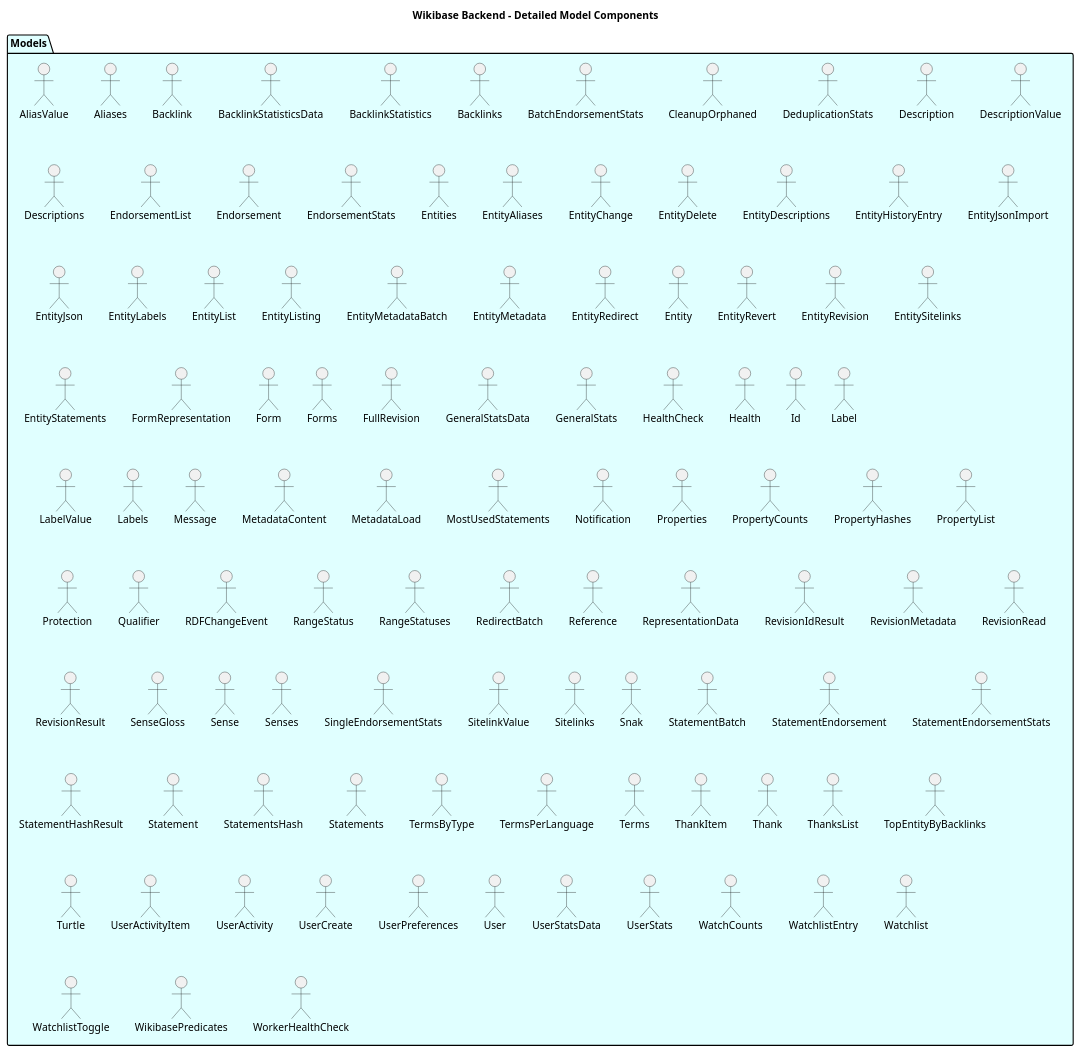
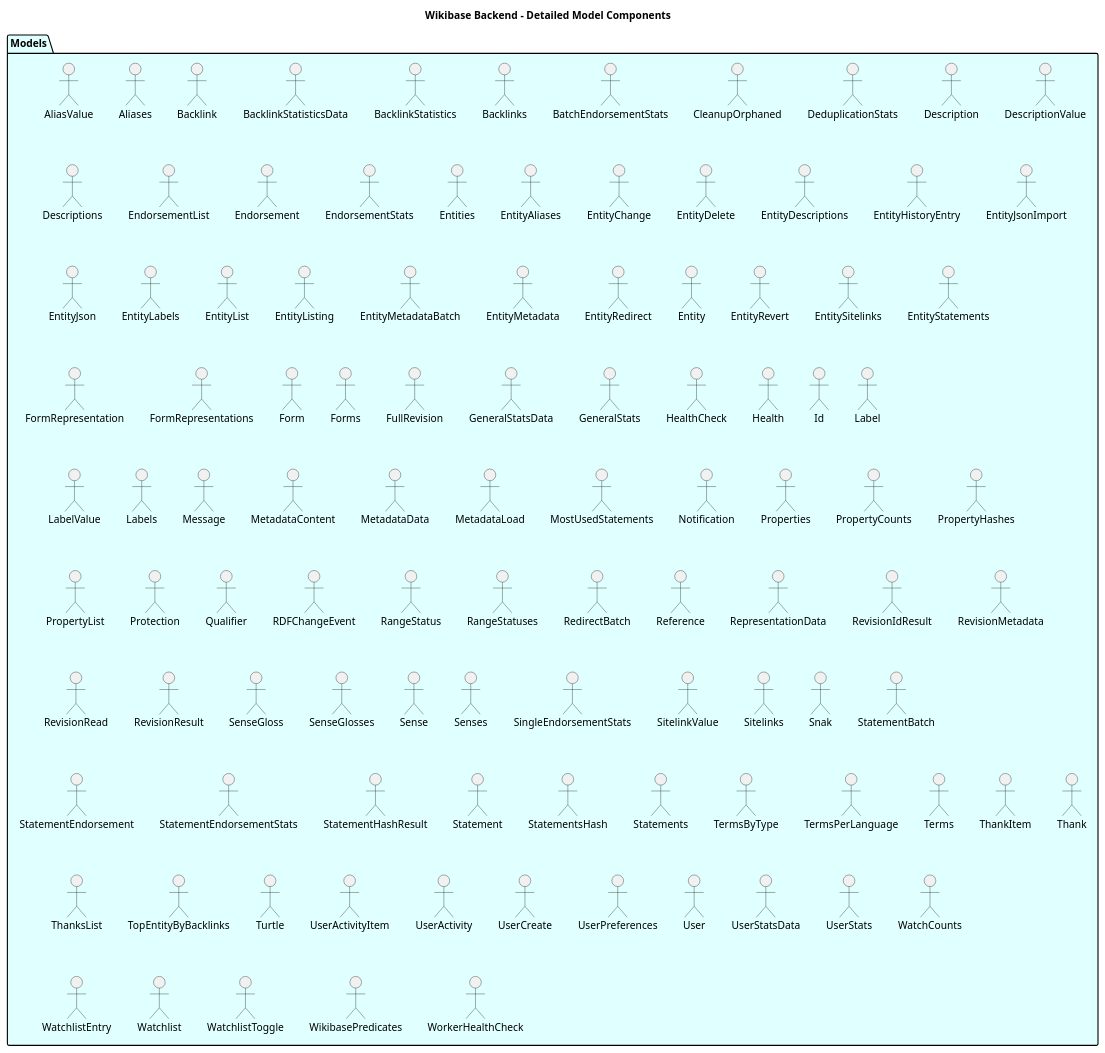
One commit to dpriskorn/entitybase-backend changed the diagram in doc/DIAGRAMS/detailed_model_components.puml. Above: the diagram before and after it, drawn with PlantUML. The commit also changed 114 other files, not shown here.

```diff
--- a/doc/DIAGRAMS/detailed_model_components.puml
+++ b/doc/DIAGRAMS/detailed_model_components.puml
@@ -1,110 +1,112 @@
 @startuml Detailed Model Components
 
 title Wikibase Backend - Detailed Model Components
 
 package "Models" as Models #LightCyan {
     "AliasValue" as AliasValue
     "Aliases" as AliasesResponse
     "Backlink" as BacklinkResponse
     "BacklinkStatisticsData" as BacklinkStatisticsData
     "BacklinkStatistics" as BacklinkStatisticsResponse
     "Backlinks" as BacklinksResponse
     "BatchEndorsementStats" as BatchEndorsementStatsResponse
     "CleanupOrphaned" as CleanupOrphanedResponse
     "DeduplicationStats" as DeduplicationStatsResponse
     "Description" as DescriptionResponse
     "DescriptionValue" as DescriptionValue
     "Descriptions" as DescriptionsResponse
     "EndorsementList" as EndorsementListResponse
     "Endorsement" as EndorsementResponse
     "EndorsementStats" as EndorsementStatsResponse
     "Entities" as EntitiesResponse
     "EntityAliases" as EntityAliasesResponse
     "EntityChange" as EntityChange
     "EntityDelete" as EntityDeleteResponse
     "EntityDescriptions" as EntityDescriptionsResponse
     "EntityHistoryEntry" as EntityHistoryEntry
     "EntityJsonImport" as EntityJsonImportResponse
     "EntityJson" as EntityJsonResponse
     "EntityLabels" as EntityLabelsResponse
     "EntityList" as EntityListResponse
     "EntityListing" as EntityListing
     "EntityMetadataBatch" as EntityMetadataBatchResponse
     "EntityMetadata" as EntityMetadataResponse
     "EntityRedirect" as EntityRedirectResponse
     "Entity" as EntityResponse
     "EntityRevert" as EntityRevertResponse
-    "EntityRevision" as EntityRevisionResponse
     "EntitySitelinks" as EntitySitelinksResponse
     "EntityStatements" as EntityStatementsResponse
     "FormRepresentation" as FormRepresentationResponse
+    "FormRepresentations" as FormRepresentationsResponse
     "Form" as FormResponse
     "Forms" as FormsResponse
     "FullRevision" as FullRevisionResponse
     "GeneralStatsData" as GeneralStatsData
     "GeneralStats" as GeneralStatsResponse
     "HealthCheck" as HealthCheckResponse
     "Health" as HealthResponse
     "Id" as IdResponse
     "Label" as LabelResponse
     "LabelValue" as LabelValue
     "Labels" as LabelsResponse
     "Message" as MessageResponse
     "MetadataContent" as MetadataContent
+    "MetadataData" as MetadataData
     "MetadataLoad" as MetadataLoadResponse
     "MostUsedStatements" as MostUsedStatementsResponse
     "Notification" as NotificationResponse
     "Properties" as PropertiesResponse
     "PropertyCounts" as PropertyCountsResponse
     "PropertyHashes" as PropertyHashesResponse
     "PropertyList" as PropertyListResponse
     "Protection" as ProtectionResponse
     "Qualifier" as QualifierResponse
     "RDFChangeEvent" as RDFChangeEvent
     "RangeStatus" as RangeStatus
     "RangeStatuses" as RangeStatuses
     "RedirectBatch" as RedirectBatchResponse
     "Reference" as ReferenceResponse
     "RepresentationData" as RepresentationData
     "RevisionIdResult" as RevisionIdResult
     "RevisionMetadata" as RevisionMetadataResponse
     "RevisionRead" as RevisionReadResponse
     "RevisionResult" as RevisionResult
     "SenseGloss" as SenseGlossResponse
+    "SenseGlosses" as SenseGlossesResponse
     "Sense" as SenseResponse
     "Senses" as SensesResponse
     "SingleEndorsementStats" as SingleEndorsementStatsResponse
     "SitelinkValue" as SitelinkValue
     "Sitelinks" as SitelinksResponse
     "Snak" as SnakResponse
     "StatementBatch" as StatementBatchResponse
     "StatementEndorsement" as StatementEndorsementResponse
     "StatementEndorsementStats" as StatementEndorsementStats
     "StatementHashResult" as StatementHashResult
     "Statement" as StatementResponse
     "StatementsHash" as StatementsHashResponse
     "Statements" as StatementsResponse
     "TermsByType" as TermsByType
     "TermsPerLanguage" as TermsPerLanguage
     "Terms" as TermsResponse
     "ThankItem" as ThankItemResponse
     "Thank" as ThankResponse
     "ThanksList" as ThanksListResponse
     "TopEntityByBacklinks" as TopEntityByBacklinks
     "Turtle" as TurtleResponse
     "UserActivityItem" as UserActivityItemResponse
     "UserActivity" as UserActivityResponse
     "UserCreate" as UserCreateResponse
     "UserPreferences" as UserPreferencesResponse
     "User" as UserResponse
     "UserStatsData" as UserStatsData
     "UserStats" as UserStatsResponse
     "WatchCounts" as WatchCounts
     "WatchlistEntry" as WatchlistEntryResponse
     "Watchlist" as WatchlistResponse
     "WatchlistToggle" as WatchlistToggleResponse
     "WikibasePredicates" as WikibasePredicatesResponse
     "WorkerHealthCheck" as WorkerHealthCheckResponse
 }
 
 @enduml
```
